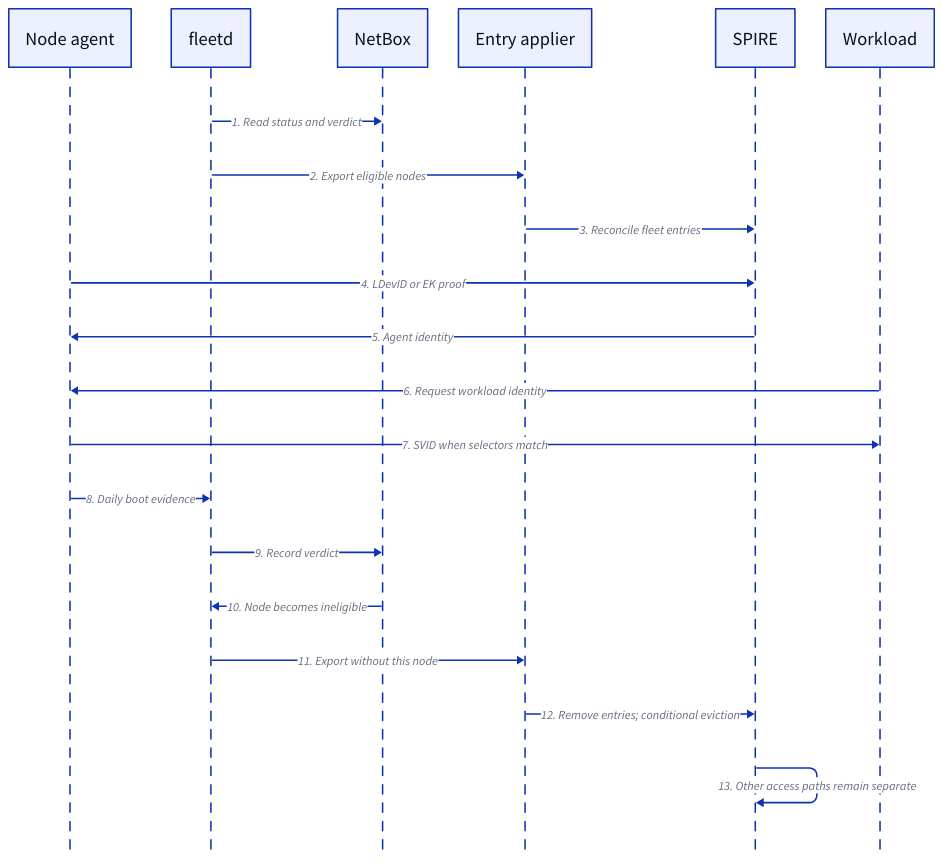
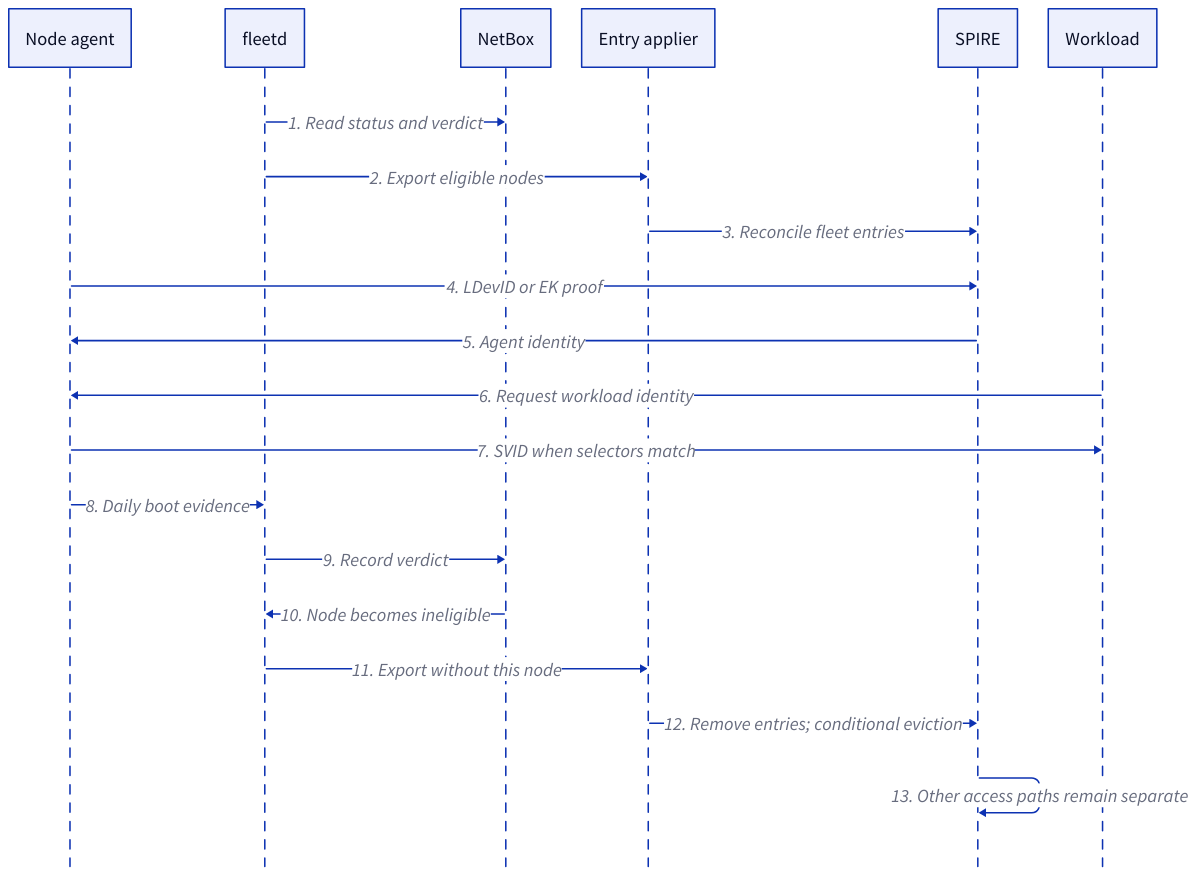
Before and after one commit to jonpulsifer/infra: the diagram in docs/assets/folly-design-identity.d2, drawn with D2. The commit also changed 7 other files, not shown here.

Commit message:
docs: increase diagram label size for print

```diff
--- a/docs/assets/folly-design-identity.d2
+++ b/docs/assets/folly-design-identity.d2
@@ -1,22 +1,22 @@
 vars: {d2-config: {theme-id: 0; pad: 24}}
 shape: sequence_diagram
 node: "Node agent"
 fleet: fleetd
 netbox: NetBox
 applier: "Entry applier"
 spire: SPIRE
 pod: Workload
-fleet -> netbox: "1. Read status and verdict"
-fleet -> applier: "2. Export eligible nodes"
-applier -> spire: "3. Reconcile fleet entries"
-node -> spire: "4. LDevID or EK proof"
-spire -> node: "5. Agent identity"
-pod -> node: "6. Request workload identity"
-node -> pod: "7. SVID when selectors match"
-node -> fleet: "8. Daily boot evidence"
-fleet -> netbox: "9. Record verdict"
-netbox -> fleet: "10. Node becomes ineligible"
-fleet -> applier: "11. Export without this node"
-applier -> spire: "12. Remove entries; conditional eviction"
-spire -> spire: "13. Other access paths remain separate"
+fleet -> netbox: "1. Read status and verdict" {style.font-size: 24}
+fleet -> applier: "2. Export eligible nodes" {style.font-size: 24}
+applier -> spire: "3. Reconcile fleet entries" {style.font-size: 24}
+node -> spire: "4. LDevID or EK proof" {style.font-size: 24}
+spire -> node: "5. Agent identity" {style.font-size: 24}
+pod -> node: "6. Request workload identity" {style.font-size: 24}
+node -> pod: "7. SVID when selectors match" {style.font-size: 24}
+node -> fleet: "8. Daily boot evidence" {style.font-size: 24}
+fleet -> netbox: "9. Record verdict" {style.font-size: 24}
+netbox -> fleet: "10. Node becomes ineligible" {style.font-size: 24}
+fleet -> applier: "11. Export without this node" {style.font-size: 24}
+applier -> spire: "12. Remove entries; conditional eviction" {style.font-size: 24}
+spire -> spire: "13. Other access paths remain separate" {style.font-size: 24}
 **.style.font-size: 24
```
